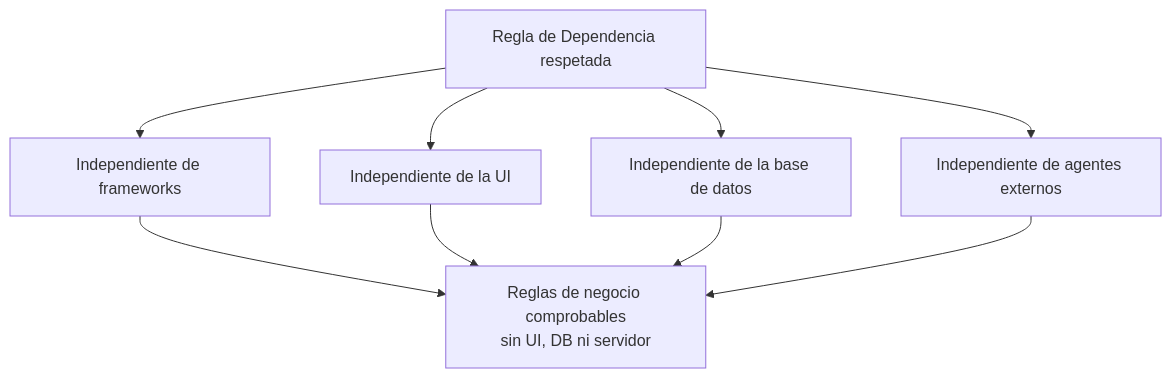
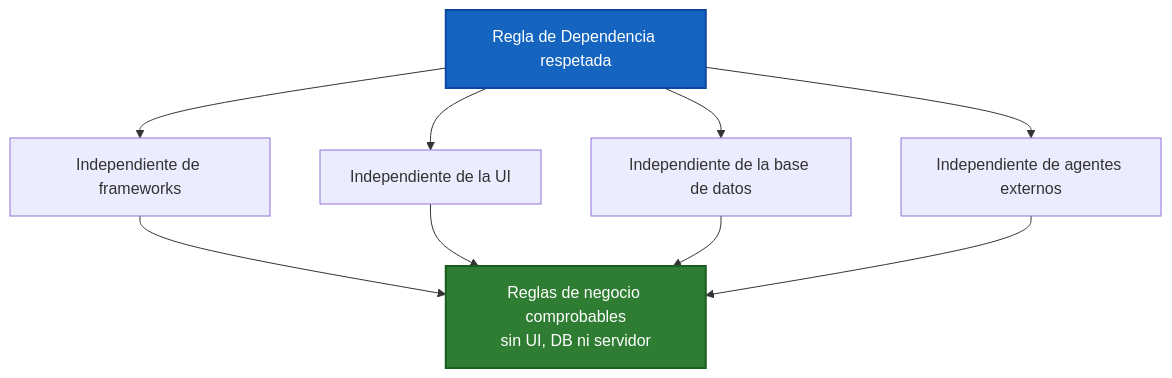
Before and after one commit to JavierMachucaA/clean-architecture-guia: the third of 3 diagrams in 08-la-arquitectura-limpia/02-la-regla-de-dependencia.md, drawn with Mermaid. The commit also changed other lines of this file and 6 other files, not shown here.

````diff
--- a/08-la-arquitectura-limpia/02-la-regla-de-dependencia.md
+++ b/08-la-arquitectura-limpia/02-la-regla-de-dependencia.md
@@ -50,11 +60,14 @@
 ```mermaid
 flowchart TD
     R["Regla de Dependencia respetada"] --> A["Independiente de frameworks"]
     R --> B["Independiente de la UI"]
     R --> C["Independiente de la base de datos"]
     R --> D["Independiente de agentes externos"]
     A --> T["Reglas de negocio comprobables<br/>sin UI, DB ni servidor"]
     B --> T
     C --> T
     D --> T
+
+    style R fill:#1565c0,stroke:#0d47a1,stroke-width:2px,color:#fff
+    style T fill:#2e7d32,stroke:#1b5e20,stroke-width:2px,color:#fff
 ```
````
